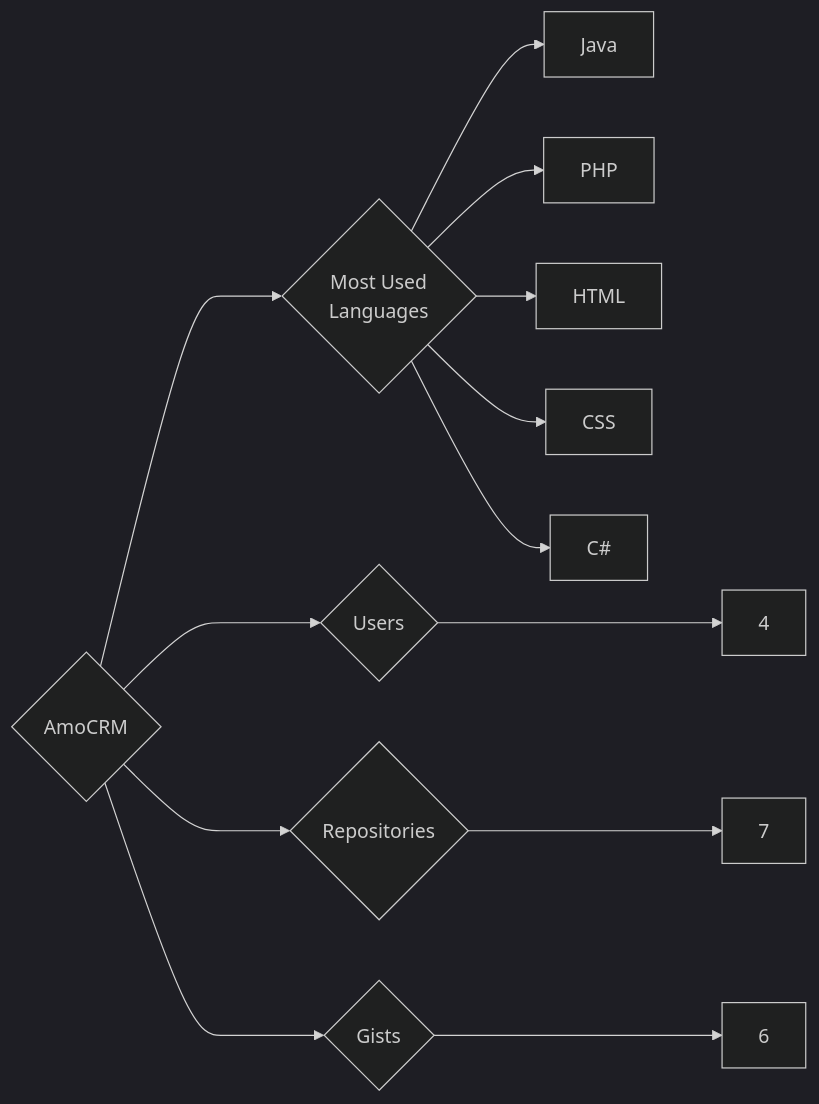
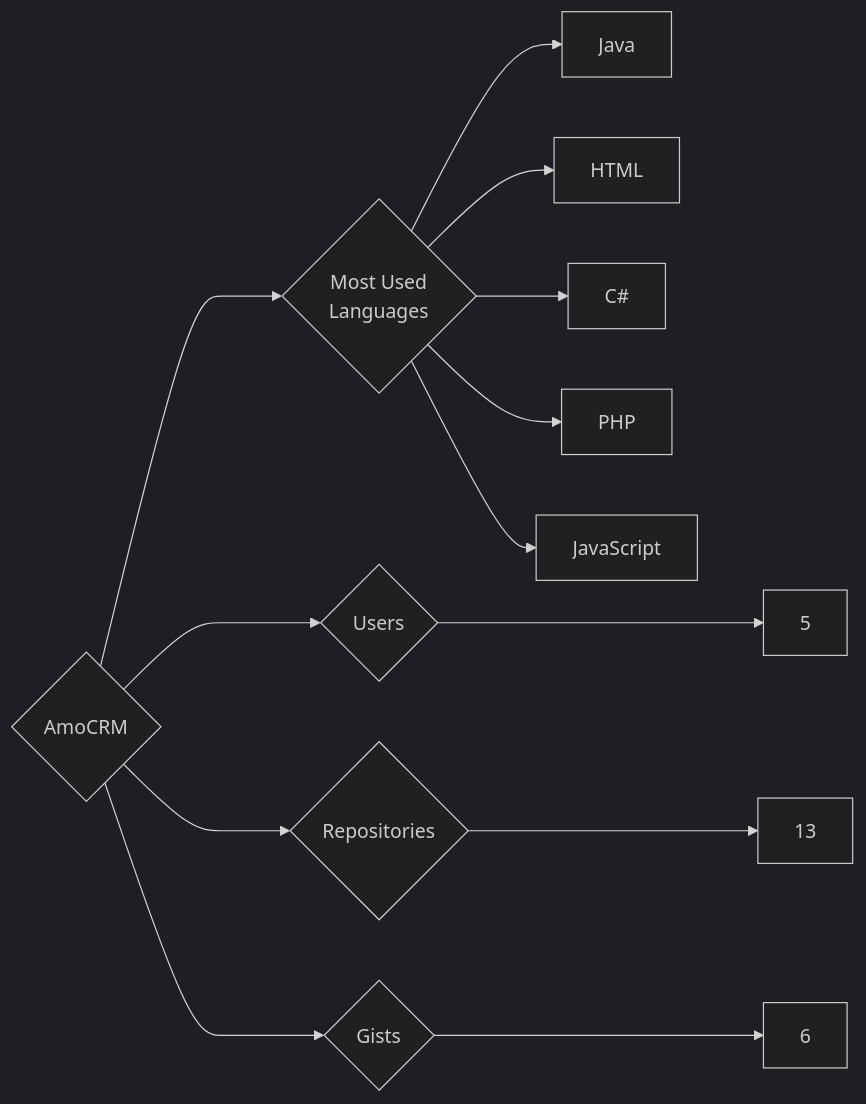
Before and after one commit to trickest/insiders: the diagram in targets/AmoCRM/README.md, drawn with Mermaid (dark theme). The commit also changed 1055 other files, not shown here.

````diff
--- a/targets/AmoCRM/README.md
+++ b/targets/AmoCRM/README.md
@@ -3,13 +3,13 @@
 ```mermaid
 graph LR
 COMPANY_NAME{AmoCRM}
-COMPANY_NAME ---> U{Users} ---> UN[4]
-COMPANY_NAME ---> R{Repositories} ---> RN[7]
+COMPANY_NAME ---> U{Users} ---> UN[5]
+COMPANY_NAME ---> R{Repositories} ---> RN[13]
 COMPANY_NAME ---> G{Gists} ---> GN[6]
 COMPANY_NAME ---> ML{Most Used<br>Languages}
 ML --> Java[Java]
+ML --> HTML[HTML]
+ML --> C#[C#]
 ML --> PHP[PHP]
-ML --> HTML[HTML]
-ML --> CSS[CSS]
-ML --> C#[C#]
+ML --> JavaScript[JavaScript]
 ```
````
